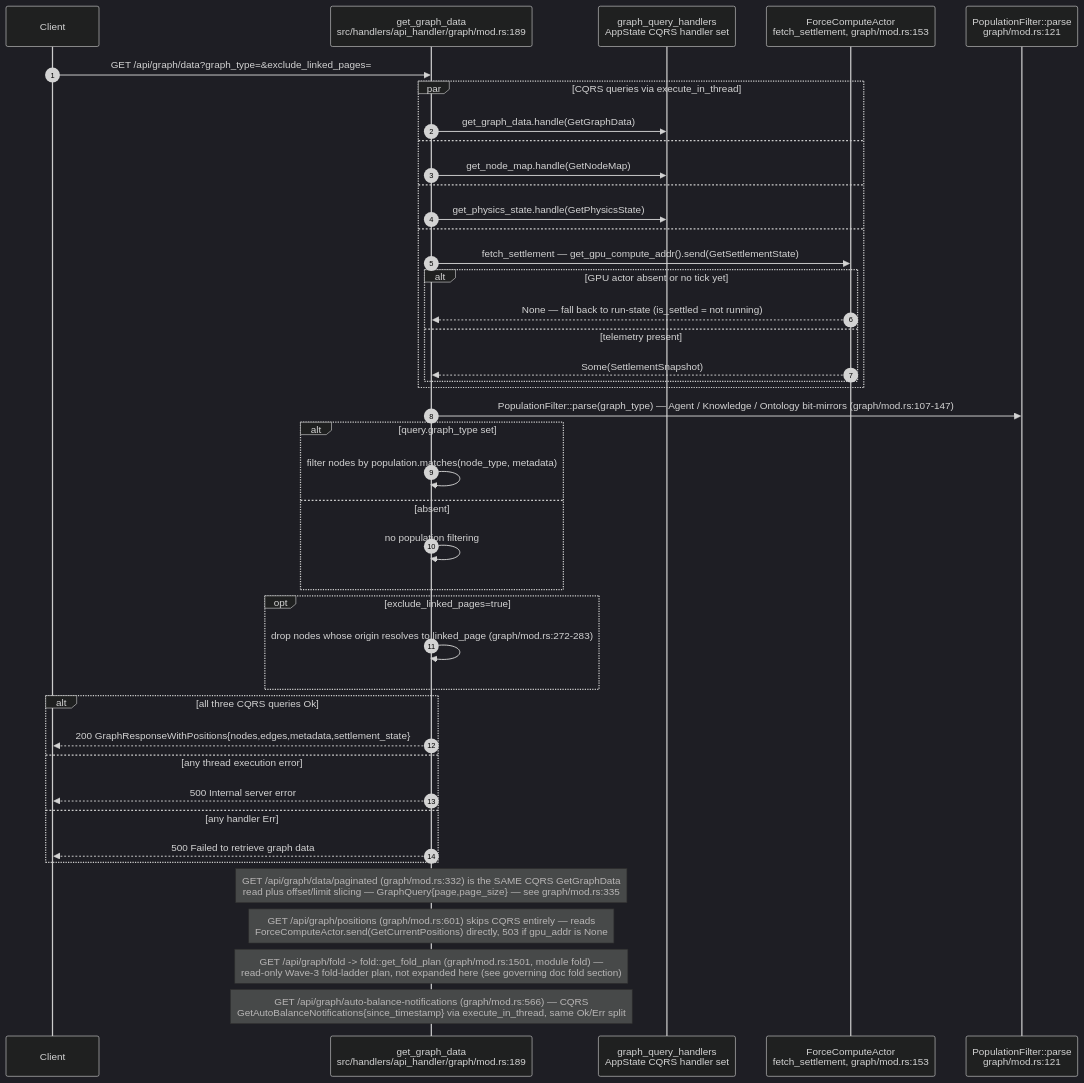
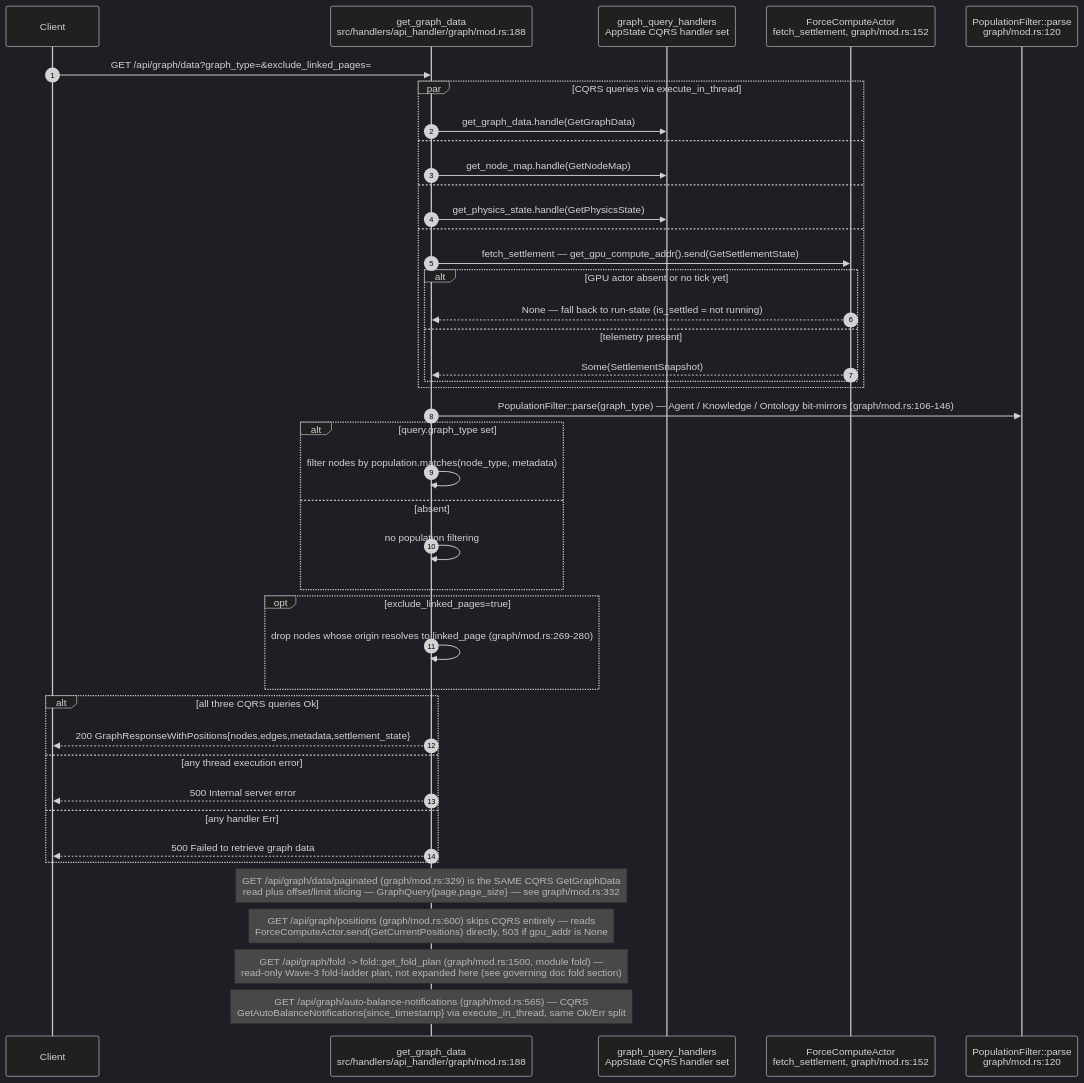
The first of 23 diagrams in docs/diagrams/visionclaw/04-handlers-graph-and-state.md (DreamLab-AI/VisionFlow), drawn with Mermaid (dark theme) before and after one commit. The commit also changed other lines of this file and 4 other files, not shown here.

Commit message:
docs(diagrams): visionclaw 01 and 04 after the graph_state_handler removal

````diff
--- a/docs/diagrams/visionclaw/04-handlers-graph-and-state.md
+++ b/docs/diagrams/visionclaw/04-handlers-graph-and-state.md
@@ -58,45 +59,45 @@
 ```mermaid
 sequenceDiagram
     autonumber
     participant C as Client
-    participant H as get_graph_data<br/>src/handlers/api_handler/graph/mod.rs:189
+    participant H as get_graph_data<br/>src/handlers/api_handler/graph/mod.rs:188
     participant QH as graph_query_handlers<br/>AppState CQRS handler set
-    participant GPU as ForceComputeActor<br/>fetch_settlement, graph/mod.rs:153
-    participant POP as PopulationFilter::parse<br/>graph/mod.rs:121
+    participant GPU as ForceComputeActor<br/>fetch_settlement, graph/mod.rs:152
+    participant POP as PopulationFilter::parse<br/>graph/mod.rs:120
 
     C->>H: GET /api/graph/data?graph_type=&exclude_linked_pages=
     par CQRS queries via execute_in_thread
         H->>QH: get_graph_data.handle(GetGraphData)
     and
         H->>QH: get_node_map.handle(GetNodeMap)
     and
         H->>QH: get_physics_state.handle(GetPhysicsState)
     and
         H->>GPU: fetch_settlement — get_gpu_compute_addr().send(GetSettlementState)
         alt GPU actor absent or no tick yet
             GPU-->>H: None — fall back to run-state (is_settled = not running)
         else telemetry present
             GPU-->>H: Some(SettlementSnapshot)
         end
     end
-    H->>POP: PopulationFilter::parse(graph_type) — Agent / Knowledge / Ontology bit-mirrors (graph/mod.rs:107-147)
+    H->>POP: PopulationFilter::parse(graph_type) — Agent / Knowledge / Ontology bit-mirrors (graph/mod.rs:106-146)
     alt query.graph_type set
         H->>H: filter nodes by population.matches(node_type, metadata)
     else absent
         H->>H: no population filtering
     end
     opt exclude_linked_pages=true
-        H->>H: drop nodes whose origin resolves to linked_page (graph/mod.rs:272-283)
+        H->>H: drop nodes whose origin resolves to linked_page (graph/mod.rs:269-280)
     end
     alt all three CQRS queries Ok
         H-->>C: 200 GraphResponseWithPositions{nodes,edges,metadata,settlement_state}
     else any thread execution error
         H-->>C: 500 Internal server error
     else any handler Err
         H-->>C: 500 Failed to retrieve graph data
     end
-    Note over H: GET /api/graph/data/paginated (graph/mod.rs:332) is the SAME CQRS GetGraphData<br/>read plus offset/limit slicing — GraphQuery{page,page_size} — see graph/mod.rs:335
-    Note over H: GET /api/graph/positions (graph/mod.rs:601) skips CQRS entirely — reads<br/>ForceComputeActor.send(GetCurrentPositions) directly, 503 if gpu_addr is None
-    Note over H: GET /api/graph/fold -> fold::get_fold_plan (graph/mod.rs:1501, module fold) —<br/>read-only Wave-3 fold-ladder plan, not expanded here (see governing doc fold section)
-    Note over H: GET /api/graph/auto-balance-notifications (graph/mod.rs:566) — CQRS<br/>GetAutoBalanceNotifications{since_timestamp} via execute_in_thread, same Ok/Err split
+    Note over H: GET /api/graph/data/paginated (graph/mod.rs:329) is the SAME CQRS GetGraphData<br/>read plus offset/limit slicing — GraphQuery{page,page_size} — see graph/mod.rs:332
+    Note over H: GET /api/graph/positions (graph/mod.rs:600) skips CQRS entirely — reads<br/>ForceComputeActor.send(GetCurrentPositions) directly, 503 if gpu_addr is None
+    Note over H: GET /api/graph/fold -> fold::get_fold_plan (graph/mod.rs:1500, module fold) —<br/>read-only Wave-3 fold-ladder plan, not expanded here (see governing doc fold section)
+    Note over H: GET /api/graph/auto-balance-notifications (graph/mod.rs:565) — CQRS<br/>GetAutoBalanceNotifications{since_timestamp} via execute_in_thread, same Ok/Err split
 ```
````
